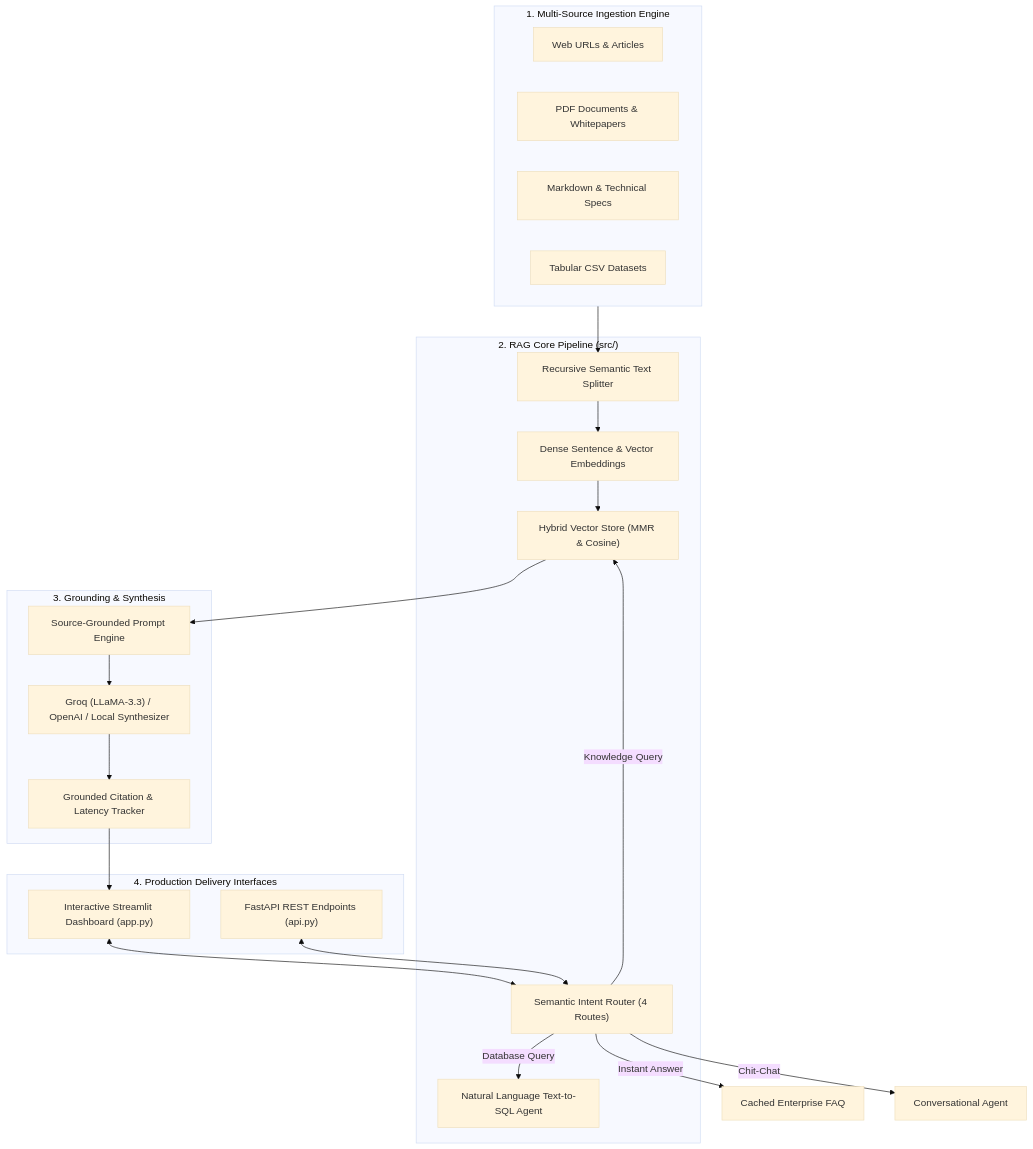
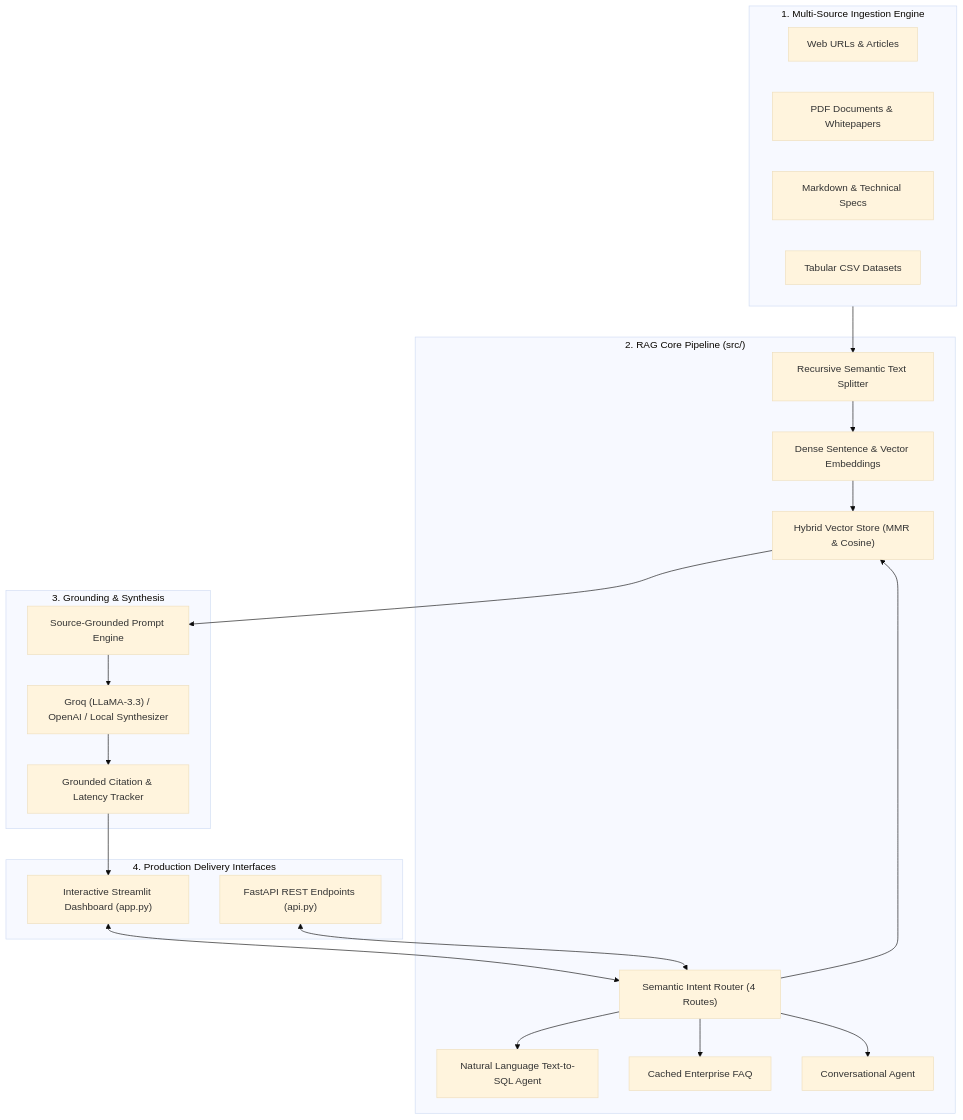
Before and after one commit to Harish-Mathematican/Everest-brewing-RAG-chatbot: the diagram in README.md, drawn with Mermaid (base theme).

Commit message:
fix: eliminate arrow text clipping in Mermaid architecture diagram

````diff
--- a/README.md
+++ b/README.md
@@ -19,45 +19,47 @@
 ```mermaid
 flowchart TD
     subgraph Ingestion ["1. Multi-Source Ingestion Engine"]
         URLs["Web URLs & Articles"]
         PDFs["PDF Documents & Whitepapers"]
         Docs["Markdown & Technical Specs"]
         CSVData["Tabular CSV Datasets"]
     end
 
     subgraph CoreEngine ["2. RAG Core Pipeline (src/)"]
         Chunker["Recursive Semantic Text Splitter"]
         Embedder["Dense Sentence & Vector Embeddings"]
         VectorDB["Hybrid Vector Store (MMR & Cosine)"]
         Router["Semantic Intent Router (4 Routes)"]
         SQLAgent["Natural Language Text-to-SQL Agent"]
+        FastFAQ["Cached Enterprise FAQ"]
+        SmallTalk["Conversational Agent"]
     end
 
     subgraph Synthesis ["3. Grounding & Synthesis"]
         Grounding["Source-Grounded Prompt Engine"]
         LLM["Groq (LLaMA-3.3) / OpenAI / Local Synthesizer"]
         Citations["Grounded Citation & Latency Tracker"]
     end
 
     subgraph Interfaces ["4. Production Delivery Interfaces"]
         StreamlitUI["Interactive Streamlit Dashboard (app.py)"]
         RESTAPI["FastAPI REST Endpoints (api.py)"]
     end
 
     Ingestion --> Chunker
     Chunker --> Embedder
     Embedder --> VectorDB
 
     StreamlitUI <--> Router
     RESTAPI <--> Router
 
-    Router -->|"Knowledge Query"| VectorDB
-    Router -->|"Database Query"| SQLAgent
-    Router -->|"Instant Answer"| FastFAQ["Cached Enterprise FAQ"]
-    Router -->|"Chit-Chat"| SmallTalk["Conversational Agent"]
+    Router --> VectorDB
+    Router --> SQLAgent
+    Router --> FastFAQ
+    Router --> SmallTalk
 
     VectorDB --> Grounding
     Grounding --> LLM
     LLM --> Citations
     Citations --> StreamlitUI
 ```
````
